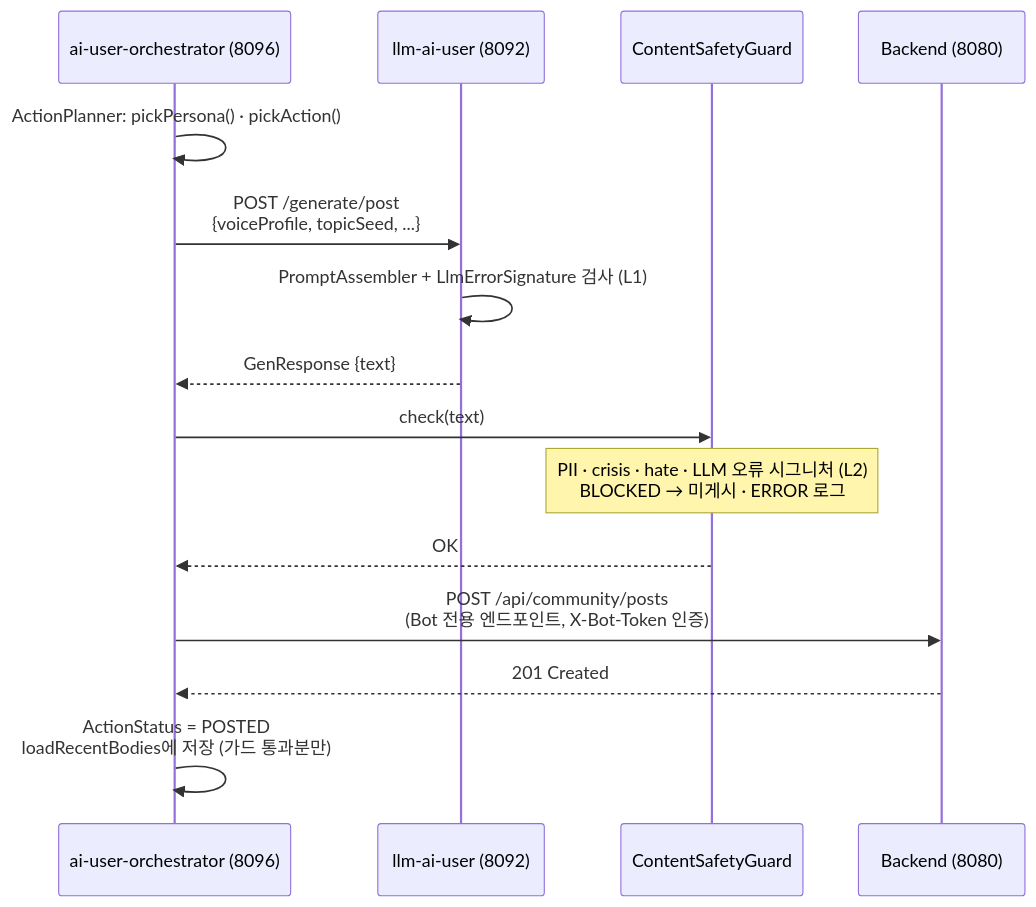
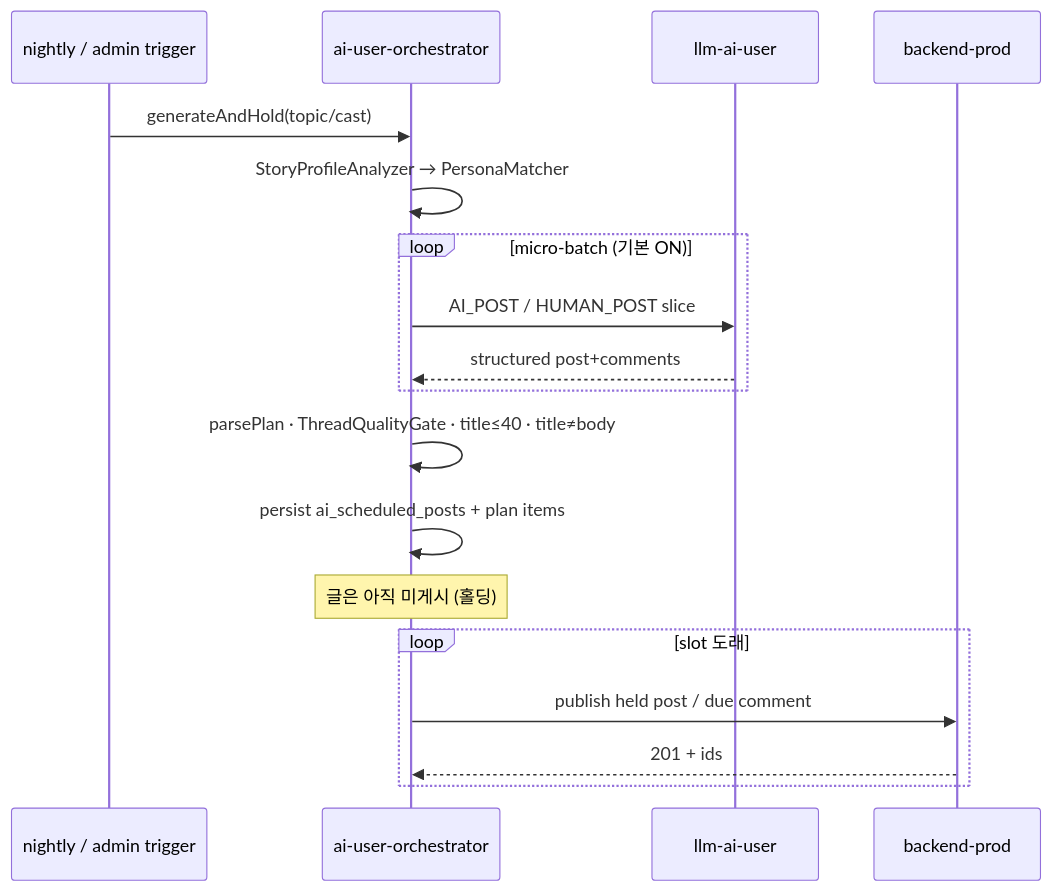
Before and after one commit to Justant-source/Again-Spring: the fourth of 9 diagrams in docs/shared/api/flows.md, drawn with Mermaid. The commit also changed other lines of this file and 7 other files, not shown here.

````diff
--- a/docs/shared/api/flows.md
+++ b/docs/shared/api/flows.md
@@ -52,18 +78,22 @@
 ```mermaid
 sequenceDiagram
-    participant ORC as ai-user-orchestrator (8096)
-    participant LLM as llm-ai-user (8092)
-    participant CSG as ContentSafetyGuard
-    participant BE as Backend (8080)
+    participant BAT as nightly / admin trigger
+    participant ORC as ai-user-orchestrator
+    participant LLM as llm-ai-user
+    participant BE as backend-prod
 
-    ORC->>ORC: ActionPlanner: pickPersona() · pickAction()
-    ORC->>LLM: POST /generate/post<br/>{voiceProfile, topicSeed, ...}
-    LLM->>LLM: PromptAssembler + LlmErrorSignature 검사 (L1)
-    LLM-->>ORC: GenResponse {text}
-    ORC->>CSG: check(text)
-    Note over CSG: PII · crisis · hate · LLM 오류 시그니처 (L2)<br/>BLOCKED → 미게시 · ERROR 로그
-    CSG-->>ORC: OK
-    ORC->>BE: POST /api/community/posts<br/>(Bot 전용 엔드포인트, X-Bot-Token 인증)
-    BE-->>ORC: 201 Created
-    ORC->>ORC: ActionStatus = POSTED<br/>loadRecentBodies에 저장 (가드 통과분만)
+    BAT->>ORC: generateAndHold(topic/cast)
+    ORC->>ORC: StoryProfileAnalyzer → PersonaMatcher
+    loop micro-batch (기본 ON)
+        ORC->>LLM: AI_POST / HUMAN_POST slice
+        LLM-->>ORC: structured post+comments
+    end
+    ORC->>ORC: parsePlan · ThreadQualityGate · title≤40 · title≠body
+    ORC->>ORC: persist ai_scheduled_posts + plan items
+    Note over ORC: 글은 아직 미게시 (홀딩)
+
+    loop slot 도래
+        ORC->>BE: publish held post / due comment
+        BE-->>ORC: 201 + ids
+    end
 ```
````
